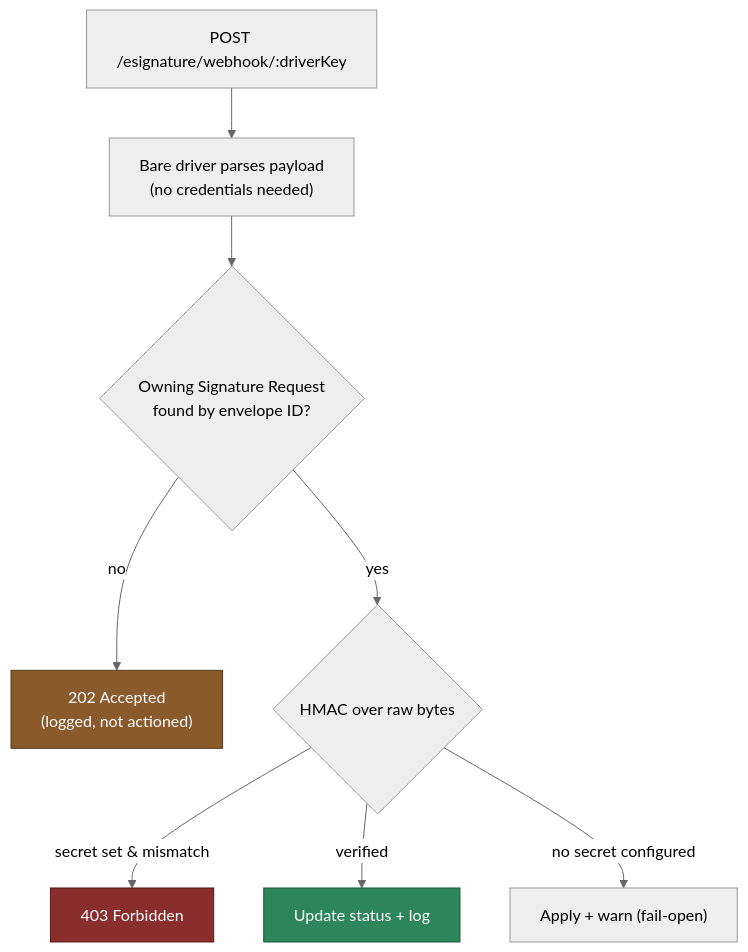
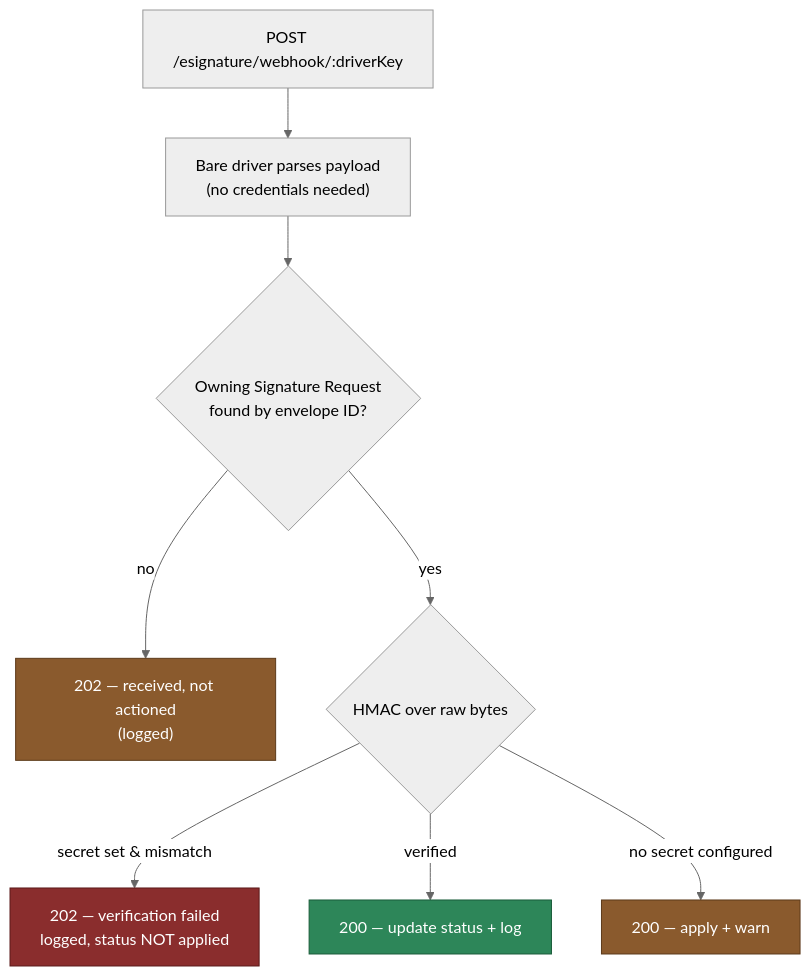
The fifth of 5 diagrams in packages/eSignature/Base/README.md (MemberJunction/MJ), drawn with Mermaid (neutral theme) before and after one commit. The commit also changed other lines of this file and 3 other files, not shown here.

````diff
--- a/packages/eSignature/Base/README.md
+++ b/packages/eSignature/Base/README.md
@@ -356,14 +359,15 @@
 ```mermaid
 flowchart TD
     In["POST /esignature/webhook/:driverKey"] --> Parse["Bare driver parses payload<br/>(no credentials needed)"]
     Parse --> Find{"Owning Signature Request<br/>found by envelope ID?"}
-    Find -->|no| Accept202["202 Accepted<br/>(logged, not actioned)"]
+    Find -->|no| Accept202["202 — received, not actioned<br/>(logged)"]
     Find -->|yes| Verify{"HMAC over raw bytes"}
-    Verify -->|secret set & mismatch| Reject["403 Forbidden"]
-    Verify -->|verified| Apply["Update status + log"]
-    Verify -->|no secret configured| ApplyWarn["Apply + warn (fail-open)"]
+    Verify -->|secret set & mismatch| Mismatch["202 — verification failed<br/>logged, status NOT applied"]
+    Verify -->|verified| Apply["200 — update status + log"]
+    Verify -->|no secret configured| ApplyWarn["200 — apply + warn"]
 
-    style Reject fill:#8a2d2d,stroke:#5c1a1a,color:#fff
+    style Mismatch fill:#8a2d2d,stroke:#5c1a1a,color:#fff
     style Apply fill:#2d8659,stroke:#1a5c3a,color:#fff
+    style ApplyWarn fill:#8a5a2d,stroke:#5c3a1a,color:#fff
     style Accept202 fill:#8a5a2d,stroke:#5c3a1a,color:#fff
 ```
````
